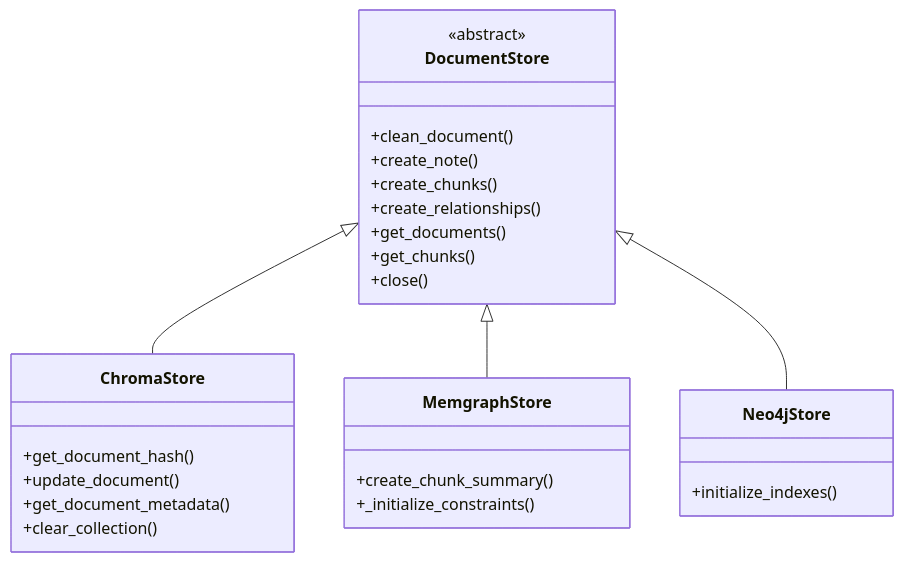
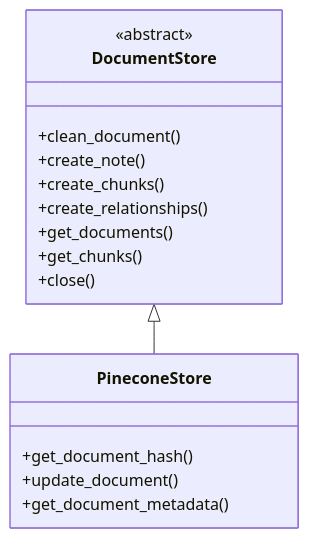
Before and after one commit to timbuchinger/llm-notion-loader: the second of 4 diagrams in memory-bank/systemPatterns.md, drawn with Mermaid. The commit also changed other lines of this file and 20 other files, not shown here.

````diff
--- a/memory-bank/systemPatterns.md
+++ b/memory-bank/systemPatterns.md
@@ -34,33 +31,21 @@
 ```mermaid
 classDiagram
     class DocumentStore {
         <<abstract>>
         +clean_document()
         +create_note()
         +create_chunks()
         +create_relationships()
         +get_documents()
         +get_chunks()
         +close()
     }
     
-    class ChromaStore {
+    class PineconeStore {
         +get_document_hash()
         +update_document()
         +get_document_metadata()
-        +clear_collection()
     }
     
-    class MemgraphStore {
-        +create_chunk_summary()
-        +_initialize_constraints()
-    }
-    
-    class Neo4jStore {
-        +initialize_indexes()
-    }
-    
-    DocumentStore <|-- ChromaStore
-    DocumentStore <|-- MemgraphStore
-    DocumentStore <|-- Neo4jStore
+    DocumentStore <|-- PineconeStore
 ```
````
